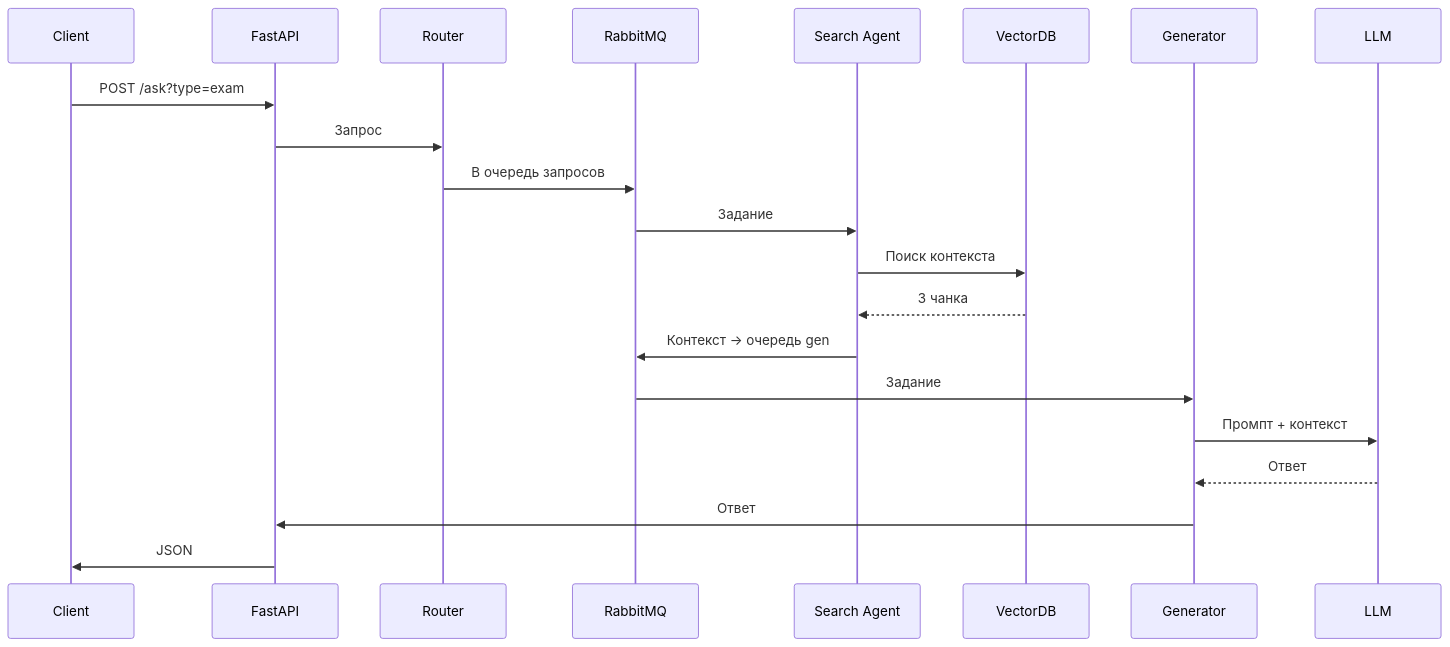
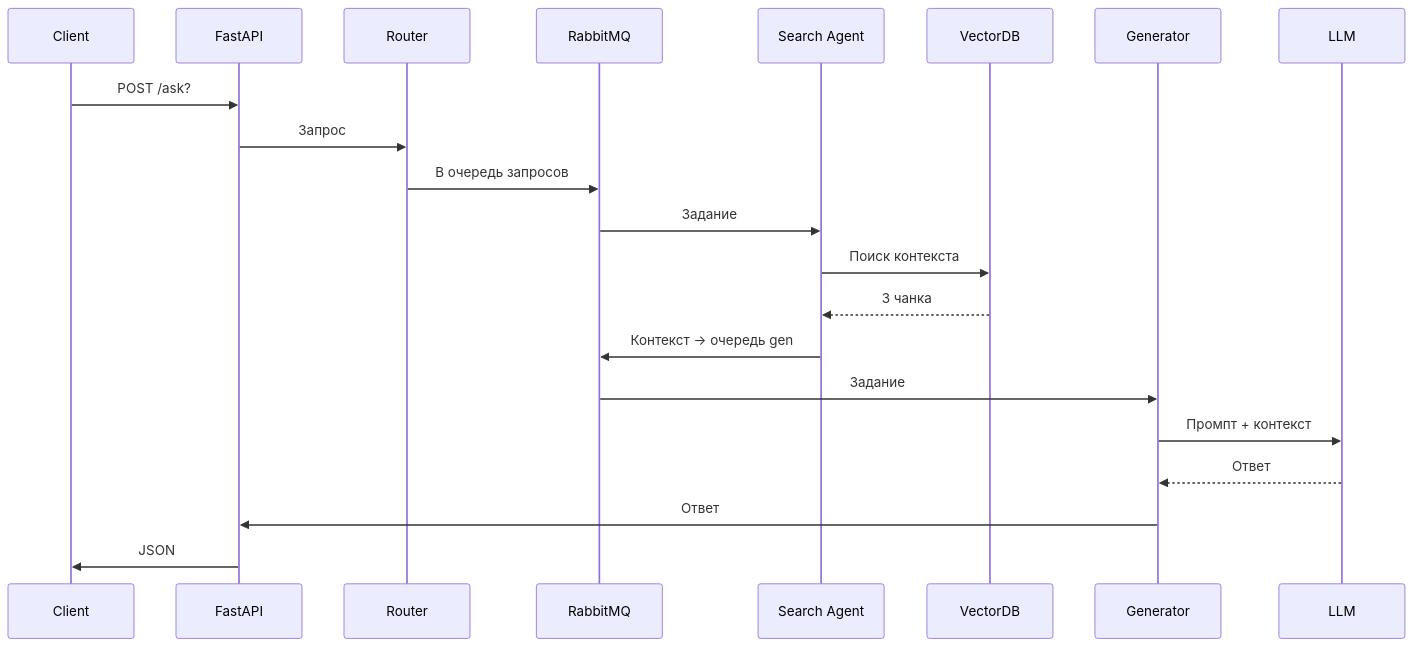
Before and after one commit to BandrD/assistant-_for_un: the second of 2 diagrams in README.md, drawn with Mermaid. The commit also changed other lines of this file, not shown here.

````diff
--- a/README.md
+++ b/README.md
@@ -71,15 +71,15 @@
 ```mermaid
 sequenceDiagram
-    Client->>FastAPI: POST /ask?type=exam
+    Client->>FastAPI: POST /ask?
     FastAPI->>Router: Запрос
     Router->>RabbitMQ: В очередь запросов
     RabbitMQ->>Search Agent: Задание
     Search Agent->>VectorDB: Поиск контекста
     VectorDB-->>Search Agent: 3 чанка
     Search Agent->>RabbitMQ: Контекст → очередь gen
     RabbitMQ->>Generator: Задание
     Generator->>LLM: Промпт + контекст
     LLM-->>Generator: Ответ
     Generator->>FastAPI: Ответ
     FastAPI->>Client: JSON
 ```
````
